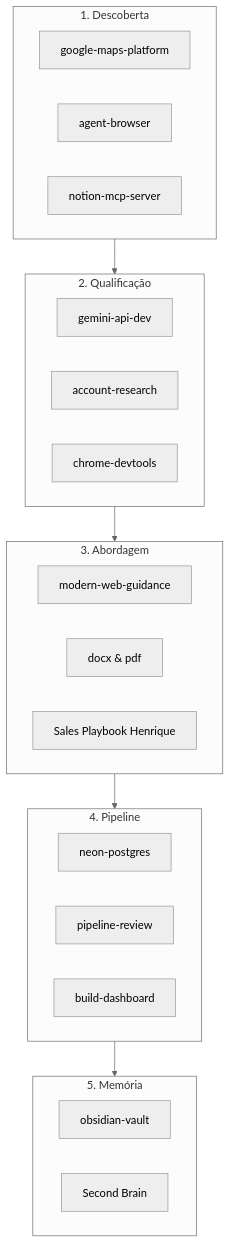
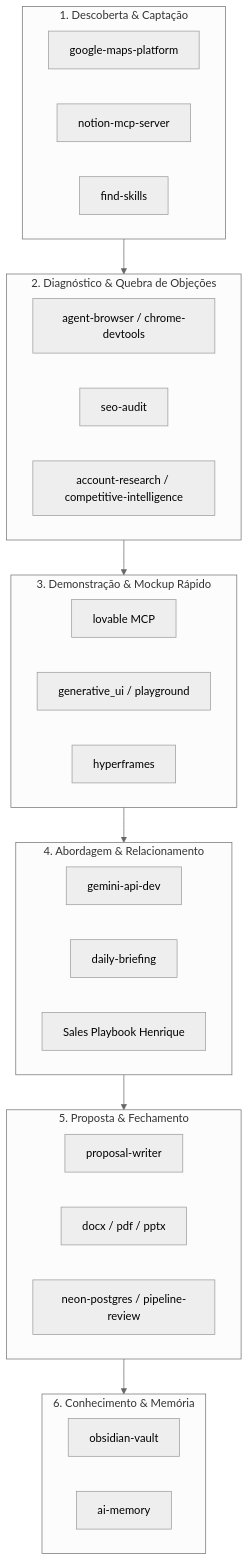
One commit to Henrique1601/Prospector-crm changed the diagram in Second Brain/Agent Skills and Capabilities.md. Above: the diagram before and after it, drawn with Mermaid (neutral theme). The commit also changed other lines of this file and 6 other files, not shown here.

First line of the commit message:
docs: adicionar playbooks no Obsidian para Lovable, auditorias, propostas e find-skills

````diff
--- a/Second Brain/Agent Skills and Capabilities.md
+++ b/Second Brain/Agent Skills and Capabilities.md
@@ -22,36 +23,40 @@
 ```mermaid
 flowchart TD
-    A[Descoberta & Captação] --> B[Qualificação & Enriquecimento]
-    B --> C[Abordagem & Proposta]
-    C --> D[Gestão de Pipeline & Fechamento]
-    D --> E[Inteligência & Memória Permanente]
-
-    subgraph A [1. Descoberta]
-        A1[google-maps-platform]
-        A2[agent-browser]
-        A3[notion-mcp-server]
+    subgraph S1 [1. Descoberta & Captação]
+        M1[google-maps-platform]
+        M2[notion-mcp-server]
+        M3[find-skills]
     end
 
-    subgraph B [2. Qualificação]
-        B1[gemini-api-dev]
-        B2[account-research]
-        B3[chrome-devtools]
+    subgraph S2 [2. Diagnóstico & Quebra de Objeções]
+        D1[agent-browser / chrome-devtools]
+        D2[seo-audit]
+        D3[account-research / competitive-intelligence]
     end
 
-    subgraph C [3. Abordagem]
-        C1[modern-web-guidance]
-        C2[docx & pdf]
-        C3[Sales Playbook Henrique]
+    subgraph S3 [3. Demonstração & Mockup Rápido]
+        P1[lovable MCP]
+        P2[generative_ui / playground]
+        P3[hyperframes]
     end
 
-    subgraph D [4. Pipeline]
-        D1[neon-postgres]
-        D2[pipeline-review]
-        D3[build-dashboard]
+    subgraph S4 [4. Abordagem & Relacionamento]
+        A1[gemini-api-dev]
+        A2[daily-briefing]
+        A3[Sales Playbook Henrique]
     end
 
-    subgraph E [5. Memória]
-        E1[obsidian-vault]
-        E2[Second Brain]
+    subgraph S5 [5. Proposta & Fechamento]
+        F1[proposal-writer]
+        F2[docx / pdf / pptx]
+        F3[neon-postgres / pipeline-review]
     end
+
+    subgraph S6 [6. Conhecimento & Memória]
+        K1[obsidian-vault]
+        K2[ai-memory]
+    end
+
+    S1 --> S2 --> S3 --> S4 --> S5
+    S5 --> S6
 ```
````
